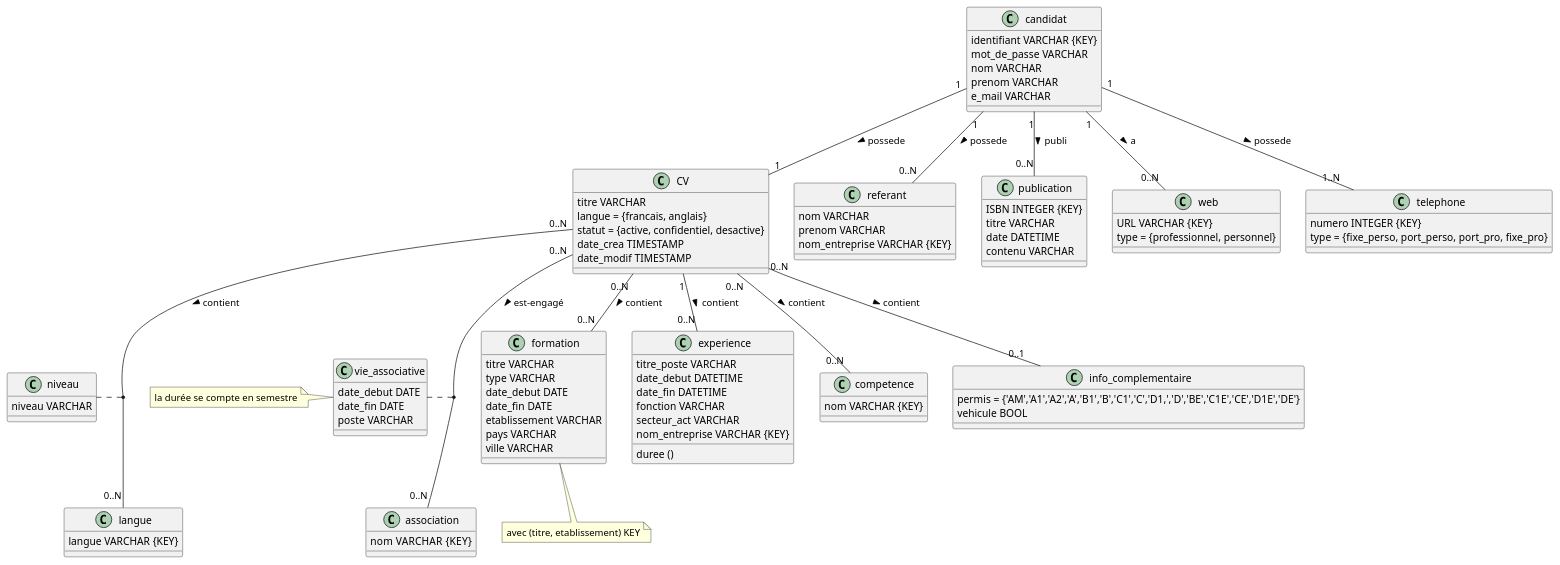
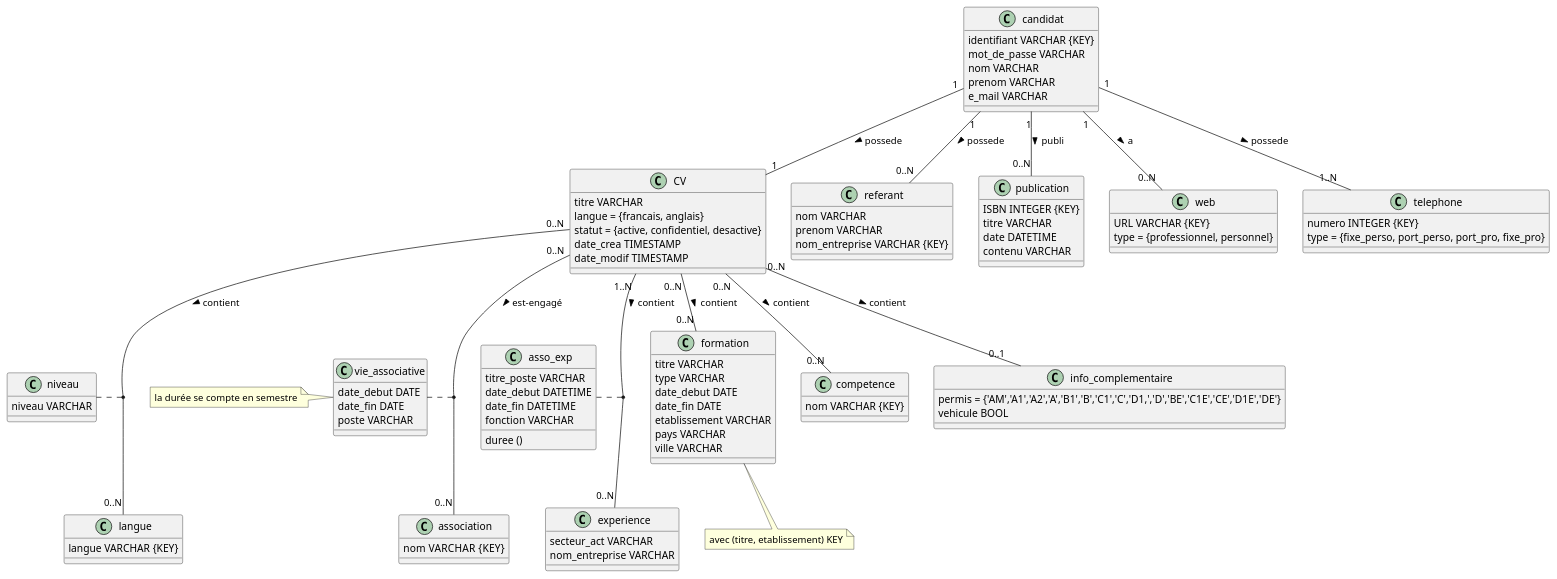
The diagram in UML.plantUML (louisepght/database_CVtheque), drawn with PlantUML before and after one commit.

```diff
--- a/UML.plantUML
+++ b/UML.plantUML
@@ -1,122 +1,127 @@
 @startuml
 
 CV "0..N" -- "0..N" formation : contient >
 
-CV "1" -- "0..N" experience : contient >
+CV "1..N" -- "0..N" experience : contient >
 
 CV "0..N" -- "0..N" competence : contient >
 
 CV "0..N" -- "0..N" langue : contient >
 
 CV "0..N" -- "0..1" info_complementaire : contient >
 
 candidat "1" -- "1" CV : possede >
 
 candidat "1"-- "0..N" referant : possede >
 
 candidat "1" -- "0..N" publication : publi >
 
 candidat "1" -- "0..N" web : a > 
 
 candidat "1" -- "1..N" telephone : possede >
 
 CV "0..N" -- "0..N" association : est-engagé >
 
 niveau .. (CV, langue)
 
 vie_associative .. (association, CV)
 
 note left of vie_associative : la durée se compte en semestre
+
+asso_exp .. (experience,CV) 
+
+class asso_exp{
+    titre_poste VARCHAR 
+    date_debut DATETIME 
+    date_fin DATETIME 
+    fonction VARCHAR 
+    duree ()
+}
 
 class vie_associative{
     date_debut DATE
     date_fin DATE
     poste VARCHAR
 }
 
 class niveau {
     niveau VARCHAR
 }
 
 class CV {
   titre VARCHAR 
   langue = {francais, anglais}
   statut = {active, confidentiel, desactive}
   date_crea TIMESTAMP
   date_modif TIMESTAMP
 }
 
 class formation { 
   titre VARCHAR 
   type VARCHAR 
   date_debut DATE
   date_fin DATE
   etablissement VARCHAR 
   pays VARCHAR
   ville VARCHAR
 }
 
 class formation
 note bottom: avec (titre, etablissement) KEY
 
 class experience{
-    titre_poste VARCHAR 
-    date_debut DATETIME 
-    date_fin DATETIME 
-    fonction VARCHAR 
     secteur_act VARCHAR 
-    nom_entreprise VARCHAR {KEY} 
-    duree ()
+    nom_entreprise VARCHAR 
 }
 
 class competence{
     nom VARCHAR {KEY}
 }
 
 class langue{
     langue VARCHAR {KEY}
 }
 
 class info_complementaire{
     permis = {'AM','A1','A2','A','B1','B','C1','C','D1,','D','BE','C1E','CE','D1E','DE'}
     vehicule BOOL
 }
 
 class candidat{
     identifiant VARCHAR {KEY}
     mot_de_passe VARCHAR 
     nom VARCHAR
     prenom VARCHAR
     e_mail VARCHAR
 }
 
 class referant{
     nom VARCHAR
     prenom VARCHAR
     nom_entreprise VARCHAR {KEY}
 }
 
 class publication{
     ISBN INTEGER {KEY}
     titre VARCHAR 
     date DATETIME 
     contenu VARCHAR 
 }
 
 class web {
     URL VARCHAR {KEY}
     type = {professionnel, personnel}
 }
 
 class telephone {
     numero INTEGER {KEY}
     type = {fixe_perso, port_perso, port_pro, fixe_pro}
 }
 
 class association{
     nom VARCHAR  {KEY}
 }
 
 
 
 @enduml
```
